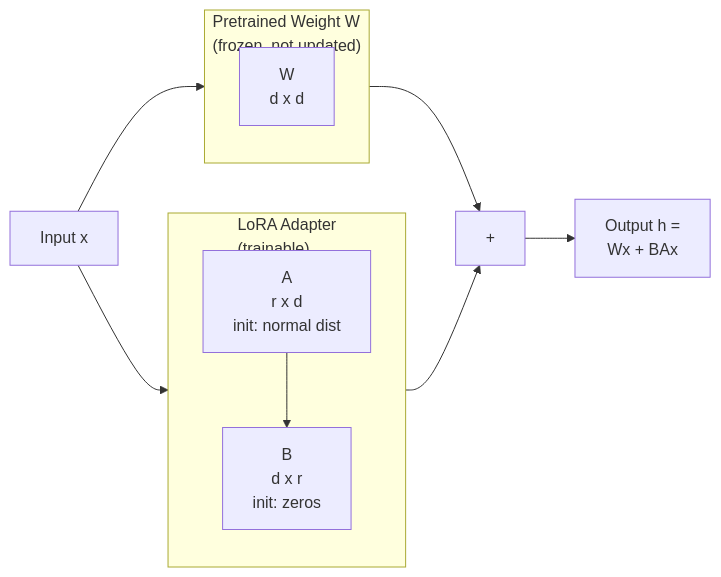
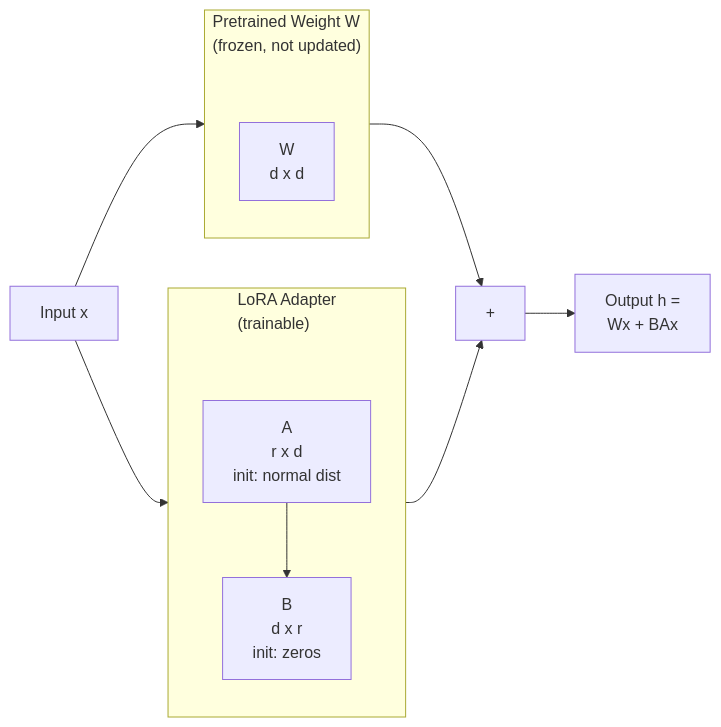
The third of 5 diagrams in 02_Tuning_for_a_Specific_Domain/03_LoRa/explanation.md (JohnMachado11/Domain-Specific-Small-Language-Models), drawn with Mermaid before and after one commit.

Commit message:
Fix LoRA diagram node overlap with subgraph titles
Add hidden spacer nodes inside Mermaid subgraphs to push the
visible nodes below the subgraph title text, preventing overlap.

````diff
--- a/02_Tuning_for_a_Specific_Domain/03_LoRa/explanation.md
+++ b/02_Tuning_for_a_Specific_Domain/03_LoRa/explanation.md
@@ -93,18 +93,24 @@
 ```mermaid
 flowchart LR
     subgraph Frozen["Pretrained Weight W<br>(frozen, not updated)"]
         direction TB
+        F_pad[ ]:::hidden
         W["W<br>d x d"]
+        F_pad --> W
     end
     subgraph LoRA["LoRA Adapter<br>(trainable)"]
         direction TB
+        L_pad[ ]:::hidden
         A["A<br>r x d<br>init: normal dist"]
         B["B<br>d x r<br>init: zeros"]
-        A --> B
+        L_pad --> A --> B
     end
     X["Input x"] --> Frozen
     X --> LoRA
     Frozen --> PLUS["+"]
     LoRA --> PLUS
     PLUS --> H["Output h =<br>Wx + BAx"]
+    classDef hidden display:none;
+    linkStyle 0 display:none
+    linkStyle 1 display:none
 ```
````
